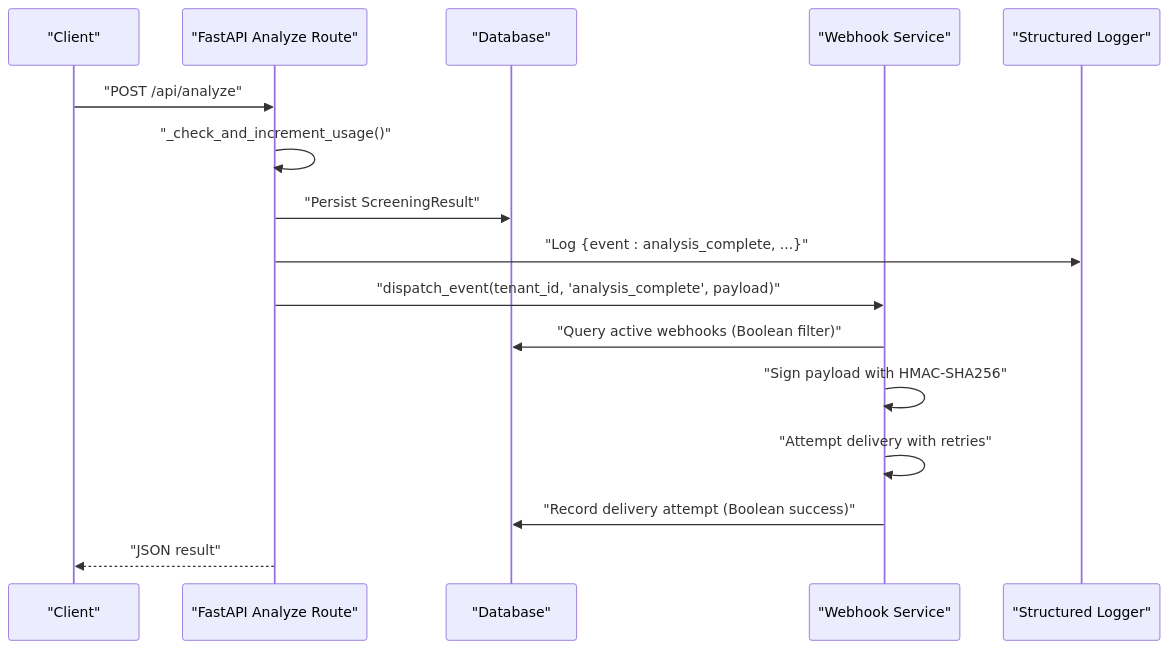
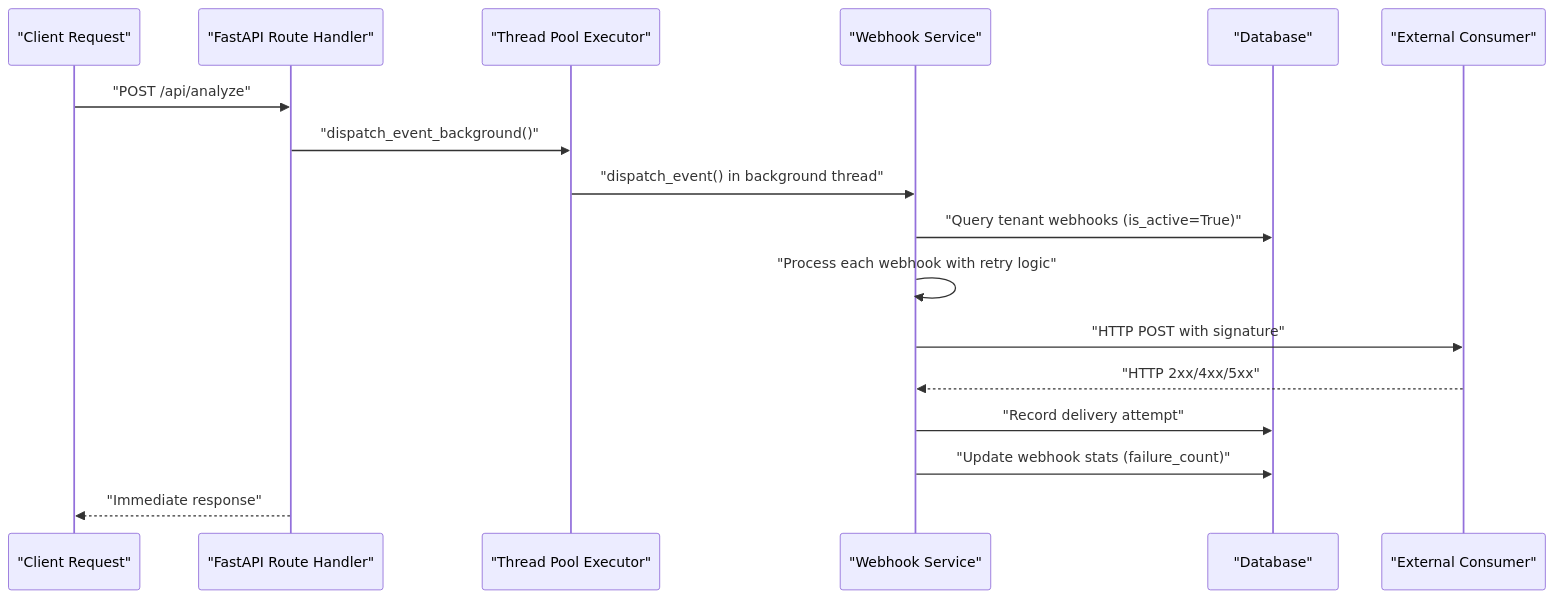
One commit to Revanththetalogics/aireume changed the third of 6 diagrams in .qoder/repowiki/en/content/Advanced Topics/Integration Patterns/Webhook Systems.md. Above: the diagram before and after it, drawn with Mermaid. The commit also changed other lines of this file and 13 other files, not shown here.

````diff
--- a/.qoder/repowiki/en/content/Advanced Topics/Integration Patterns/Webhook Systems.md
+++ b/.qoder/repowiki/en/content/Advanced Topics/Integration Patterns/Webhook Systems.md
@@ -174,18 +210,19 @@
 ```mermaid
 sequenceDiagram
-participant Client as "Client"
-participant API as "FastAPI Analyze Route"
+participant Client as "Client Request"
+participant API as "FastAPI Route Handler"
+participant TP as "Thread Pool Executor"
+participant WS as "Webhook Service"
 participant DB as "Database"
-participant WS as "Webhook Service"
-participant Logger as "Structured Logger"
+participant Consumer as "External Consumer"
 Client->>API : "POST /api/analyze"
-API->>API : "_check_and_increment_usage()"
-API->>DB : "Persist ScreeningResult"
-API->>Logger : "Log {event : analysis_complete, ...}"
-API->>WS : "dispatch_event(tenant_id, 'analysis_complete', payload)"
-WS->>DB : "Query active webhooks (Boolean filter)"
-WS->>WS : "Sign payload with HMAC-SHA256"
-WS->>WS : "Attempt delivery with retries"
-WS->>DB : "Record delivery attempt (Boolean success)"
-API-->>Client : "JSON result"
+API->>TP : "dispatch_event_background()"
+TP->>WS : "dispatch_event() in background thread"
+WS->>DB : "Query tenant webhooks (is_active=True)"
+WS->>WS : "Process each webhook with retry logic"
+WS->>Consumer : "HTTP POST with signature"
+Consumer-->>WS : "HTTP 2xx/4xx/5xx"
+WS->>DB : "Record delivery attempt"
+WS->>DB : "Update webhook stats (failure_count)"
+API-->>Client : "Immediate response"
 ```
````
